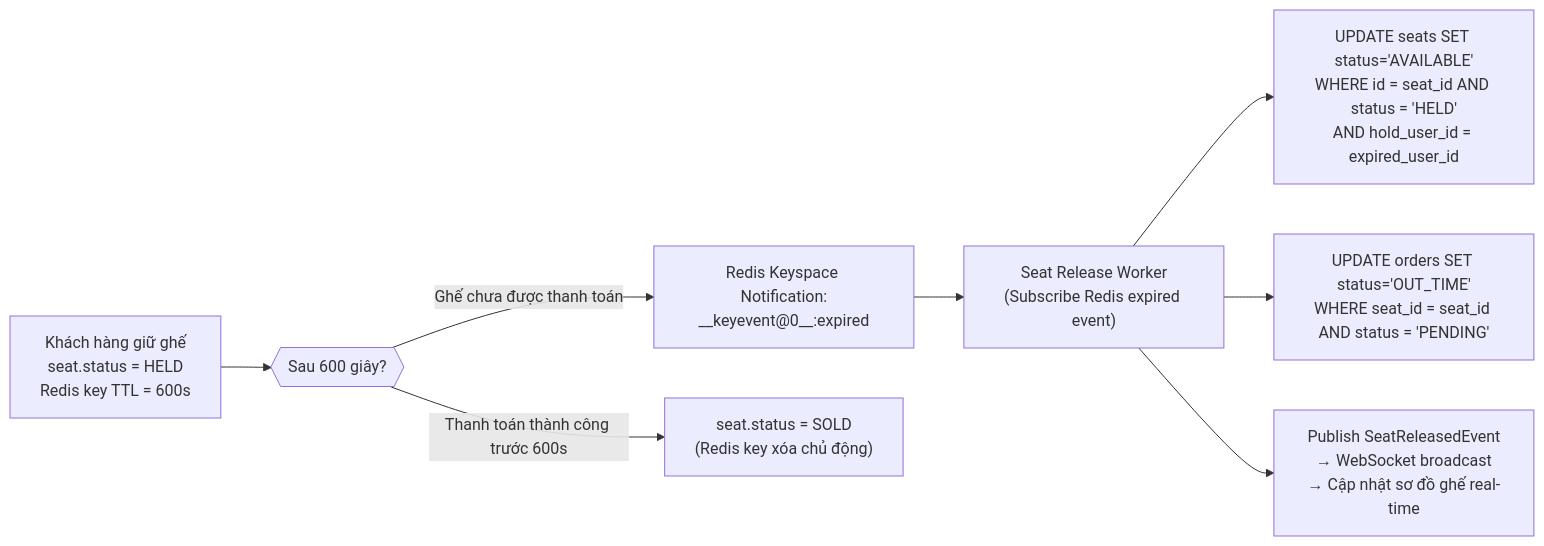
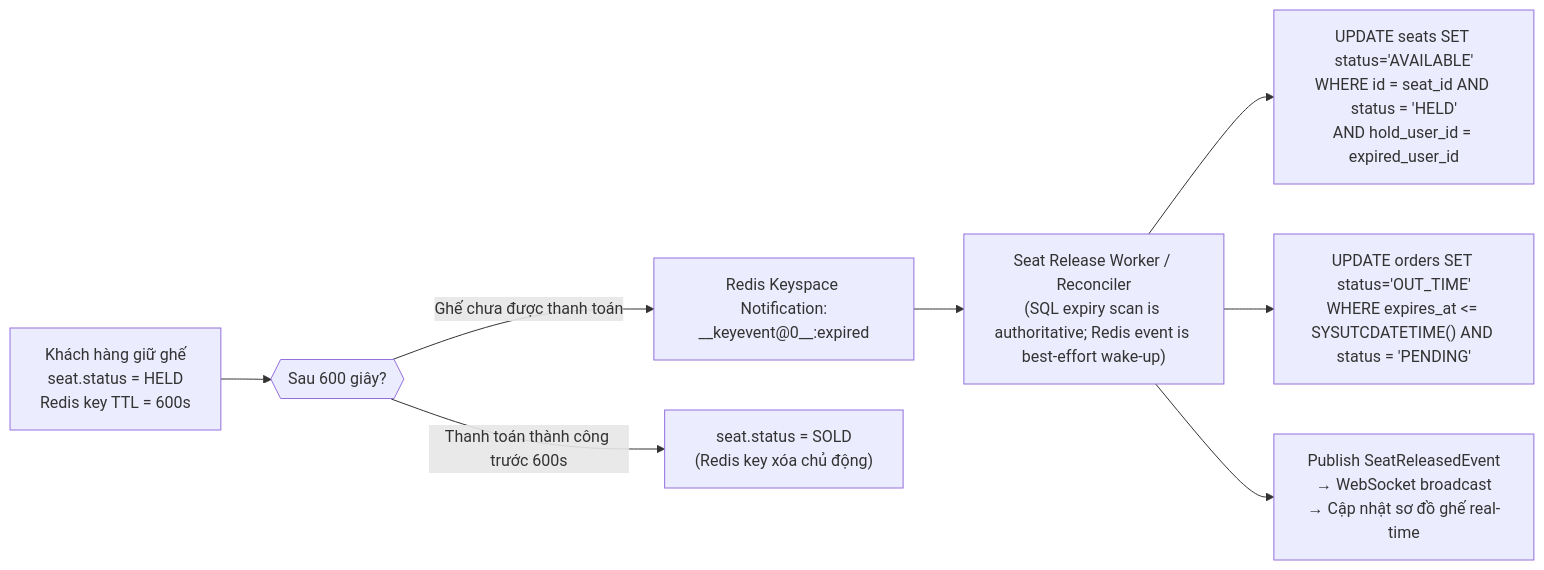
The third of 3 diagrams in business-analysis/02_State_Machines_And_Workflows/01_State_Machines/SM02_Seat_State.md (toanteng11/concert-ticketing-docs), drawn with Mermaid before and after one commit. The commit also changed other lines of this file and 57 other files, not shown here.

````diff
--- a/business-analysis/02_State_Machines_And_Workflows/01_State_Machines/SM02_Seat_State.md
+++ b/business-analysis/02_State_Machines_And_Workflows/01_State_Machines/SM02_Seat_State.md
@@ -126,10 +127,10 @@
 ```mermaid
 flowchart LR
     A["Khách hàng giữ ghế\n seat.status = HELD\n Redis key TTL = 600s"] --> B{{"Sau 600 giây?"}}
     B -->|Ghế chưa được thanh toán| C["Redis Keyspace Notification:\n__keyevent@0__:expired"]
-    C --> D["Seat Release Worker\n(Subscribe Redis expired event)"]
+    C --> D["Seat Release Worker / Reconciler\n(SQL expiry scan is authoritative; Redis event is best-effort wake-up)"]
     D --> E["UPDATE seats SET status='AVAILABLE'\nWHERE id = seat_id AND status = 'HELD'\nAND hold_user_id = expired_user_id"]
-    D --> F["UPDATE orders SET status='OUT_TIME'\nWHERE seat_id = seat_id AND status = 'PENDING'"]
+    D --> F["UPDATE orders SET status='OUT_TIME'\nWHERE expires_at <= SYSUTCDATETIME() AND status = 'PENDING'"]
     D --> G["Publish SeatReleasedEvent\n→ WebSocket broadcast\n→ Cập nhật sơ đồ ghế real-time"]
     B -->|Thanh toán thành công trước 600s| H["seat.status = SOLD\n(Redis key xóa chủ động)"]
 ```
````
